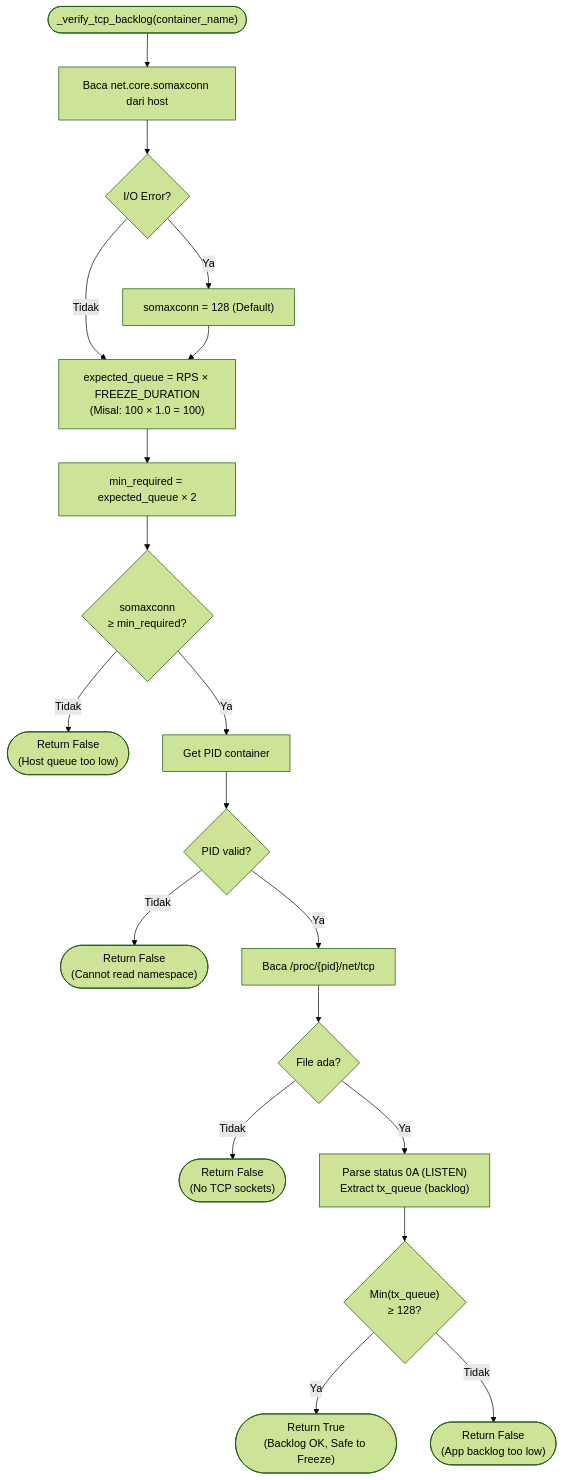
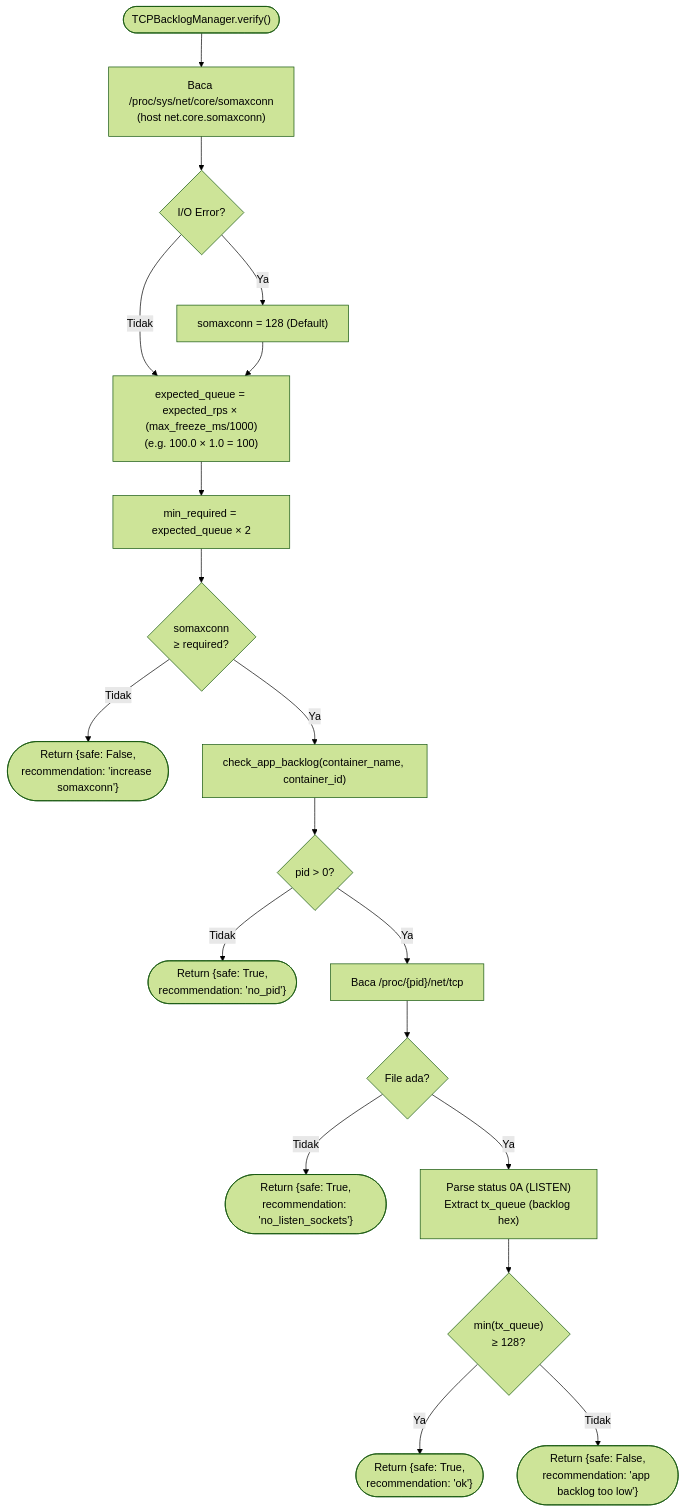
The first of 3 diagrams in architecture-diagrams/layer-4-shaper/03_tcp_backlog.md (fauzanreza/green-container-framework), drawn with Mermaid (forest theme) before and after one commit. The commit also changed other lines of this file and 81 other files, not shown here.

````diff
--- a/architecture-diagrams/layer-4-shaper/03_tcp_backlog.md
+++ b/architecture-diagrams/layer-4-shaper/03_tcp_backlog.md
@@ -9,51 +9,51 @@
 ```mermaid
 flowchart TD
-    START(["_verify_tcp_backlog(container_name)"])
+    START(["TCPBacklogManager.verify()"])
 
-    READ_SYSCTL["Baca net.core.somaxconn dari host"]
+    READ_SYSCTL["Baca /proc/sys/net/core/somaxconn<br/>(host net.core.somaxconn)"]
     SYSCTL_ERR{"I/O Error?"}
     FALLBACK_SYSCTL["somaxconn = 128 (Default)"]
 
-    CALC_EXPECTED["expected_queue = RPS × FREEZE_DURATION<br/>(Misal: 100 × 1.0 = 100)"]
+    CALC_EXPECTED["expected_queue = expected_rps × (max_freeze_ms/1000)<br/>(e.g. 100.0 × 1.0 = 100)"]
     CALC_MIN["min_required = expected_queue × 2"]
 
-    COMPARE1{"somaxconn<br/>≥ min_required?"}
-    HOST_LOW(["Return False<br/>(Host queue too low)"])
+    COMPARE1{"somaxconn<br/>≥ required?"}
+    HOST_LOW(["Return {safe: False,<br/>recommendation: 'increase somaxconn'}"])
 
-    GET_PID["Get PID container"]
-    PID_ERR{"PID valid?"}
-    NO_PID(["Return False<br/>(Cannot read namespace)"])
+    GET_PID["check_app_backlog(container_name, container_id)"]
+    PID_ERR{"pid > 0?"}
+    NO_PID(["Return {safe: True,<br/>recommendation: 'no_pid'}"])
 
     READ_PROC["Baca /proc/{pid}/net/tcp"]
     PROC_ERR{"File ada?"}
-    NO_PROC(["Return False<br/>(No TCP sockets)"])
+    NO_PROC(["Return {safe: True,<br/>recommendation: 'no_listen_sockets'}"])
 
-    PARSE["Parse status 0A (LISTEN)<br/>Extract tx_queue (backlog)"]
+    PARSE["Parse status 0A (LISTEN)<br/>Extract tx_queue (backlog hex)"]
 
-    COMPARE2{"Min(tx_queue)<br/>≥ 128?"}
-    APP_LOW(["Return False<br/>(App backlog too low)"])
-    APP_OK(["Return True<br/>(Backlog OK, Safe to Freeze)"])
+    COMPARE2{"min(tx_queue)<br/>≥ 128?"}
+    APP_LOW(["Return {safe: False,<br/>recommendation: 'app backlog too low'}"])
+    APP_OK(["Return {safe: True,<br/>recommendation: 'ok'}"])
 
     START --> READ_SYSCTL
     READ_SYSCTL --> SYSCTL_ERR
     SYSCTL_ERR -->|Ya| FALLBACK_SYSCTL
     SYSCTL_ERR -->|Tidak| CALC_EXPECTED
     FALLBACK_SYSCTL --> CALC_EXPECTED
 
     CALC_EXPECTED --> CALC_MIN
     CALC_MIN --> COMPARE1
     COMPARE1 -->|Tidak| HOST_LOW
     COMPARE1 -->|Ya| GET_PID
 
     GET_PID --> PID_ERR
     PID_ERR -->|Tidak| NO_PID
     PID_ERR -->|Ya| READ_PROC
 
     READ_PROC --> PROC_ERR
     PROC_ERR -->|Tidak| NO_PROC
     PROC_ERR -->|Ya| PARSE
 
     PARSE --> COMPARE2
     COMPARE2 -->|Ya| APP_OK
     COMPARE2 -->|Tidak| APP_LOW
 ```
````
